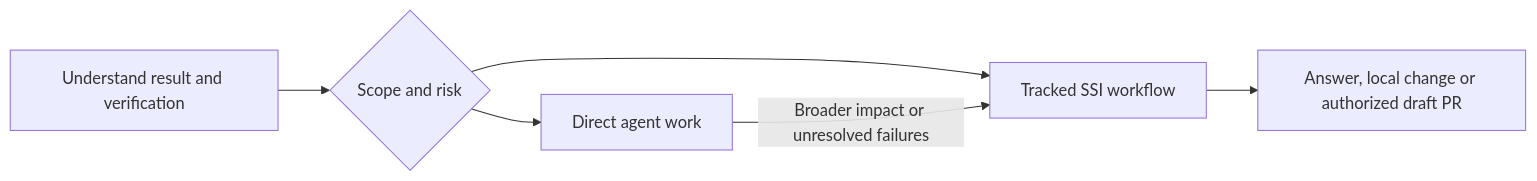
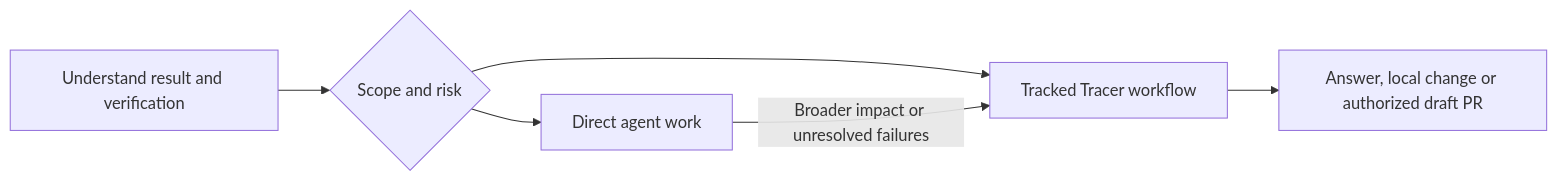
The first of 2 diagrams in README.md (ssime-git/ssi-ai-skill), drawn with Mermaid before and after one commit. The commit also changed other lines of this file and 102 other files, not shown here.

Commit message:
Rename SSI to Tracer (skill, engine, state dir, cockpit mod); repo and npm names unchanged

````diff
--- a/README.md
+++ b/README.md
@@ -29,8 +29,8 @@
 ```mermaid
 flowchart LR
   A[Understand result and verification] --> B{Scope and risk}
   B --> C[Direct agent work]
-  B --> D[Tracked SSI workflow]
+  B --> D[Tracked Tracer workflow]
   C -->|Broader impact or unresolved failures| D
   D --> E[Answer, local change or authorized draft PR]
 ```
````
